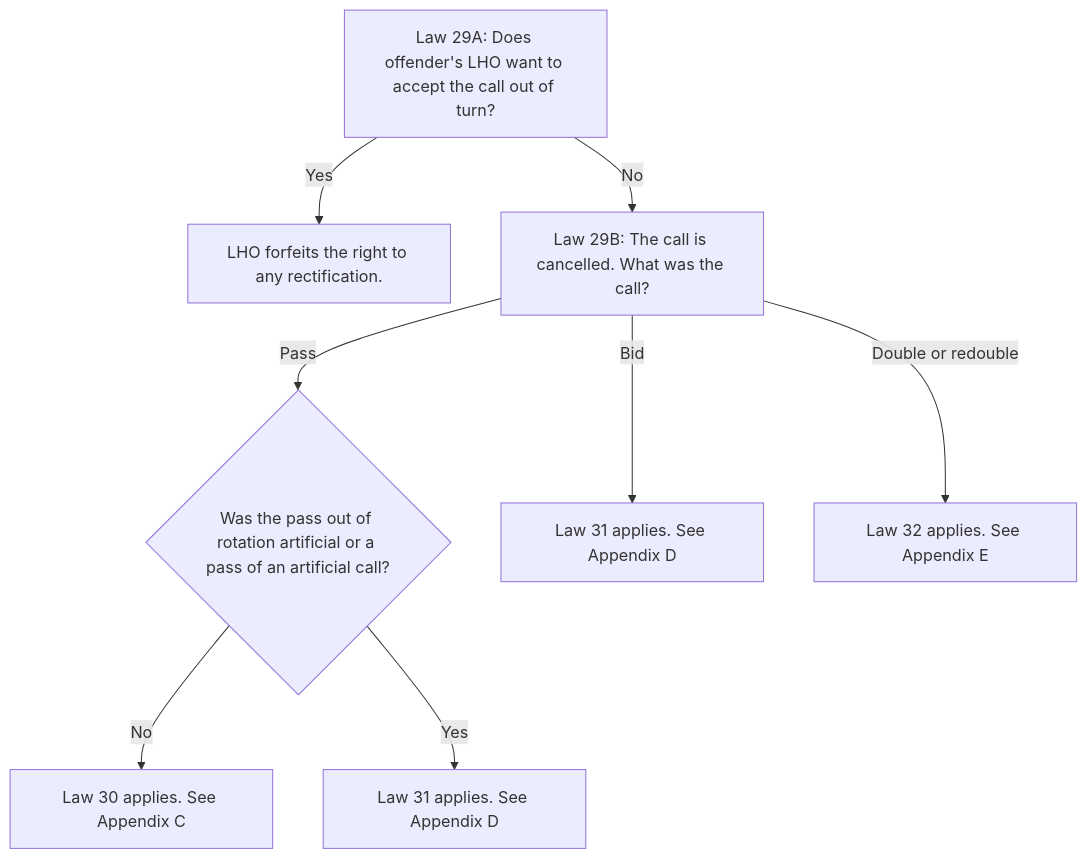
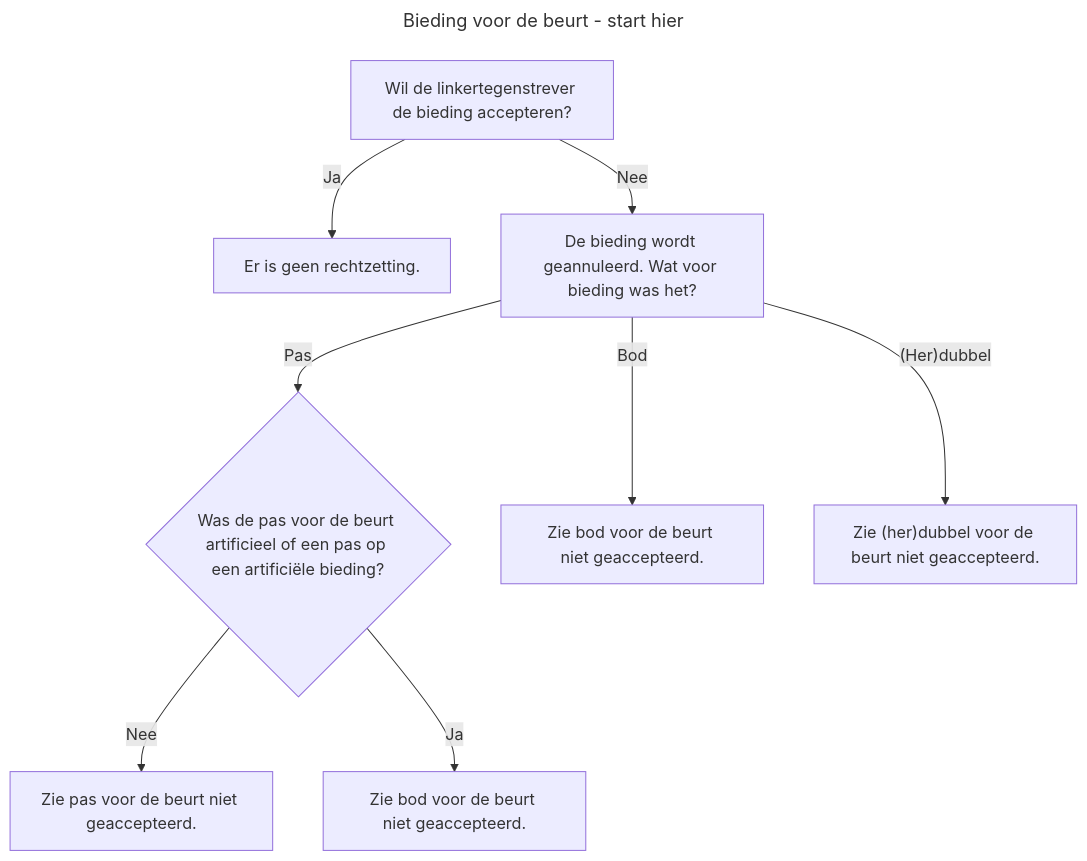
One commit to tcorneli/CTL-instructies changed the diagram in bieding-voor-de-beurt.md. Above: the diagram before and after it, drawn with Mermaid.

Commit message:
Translate bidding flowchart to Dutch

````diff
--- a/bieding-voor-de-beurt.md
+++ b/bieding-voor-de-beurt.md
@@ -1,10 +1,13 @@
 ```mermaid
+---
+title: Bieding voor de beurt - start hier
+---
 graph TD
-    A[Law 29A: Does offender's LHO want to accept the call out of turn?] -->|Yes| B[LHO forfeits the right to any rectification.]
-    A -->|No| C[Law 29B: The call is cancelled. What was the call?]
-    C -->|Pass| D{Was the pass out of rotation artificial or a pass of an artificial call?}
-    D -->|No| E[Law 30 applies. See Appendix C]
-    D -->|Yes| F[Law 31 applies. See Appendix D]
-    C -->|Bid| G[Law 31 applies. See Appendix D]
-    C -->|Double or redouble| H[Law 32 applies. See Appendix E]
+    A[Wil de linkertegenstrever de bieding accepteren?] -->|Ja| B[Er is geen rechtzetting.]
+    A -->|Nee| C[De bieding wordt geannuleerd. Wat voor bieding was het?]
+    C -->|Pas| D{Was de pas voor de beurt artificieel of een pas op een artificiële bieding?}
+    D -->|Nee| E[Zie pas voor de beurt niet geaccepteerd.]
+    D -->|Ja| F[Zie bod voor de beurt niet geaccepteerd.]
+    C -->|Bod| G[Zie bod voor de beurt niet geaccepteerd.]
+    C -->|"(Her)dubbel"| H["Zie (her)dubbel voor de beurt niet geaccepteerd."]
 ```
````
